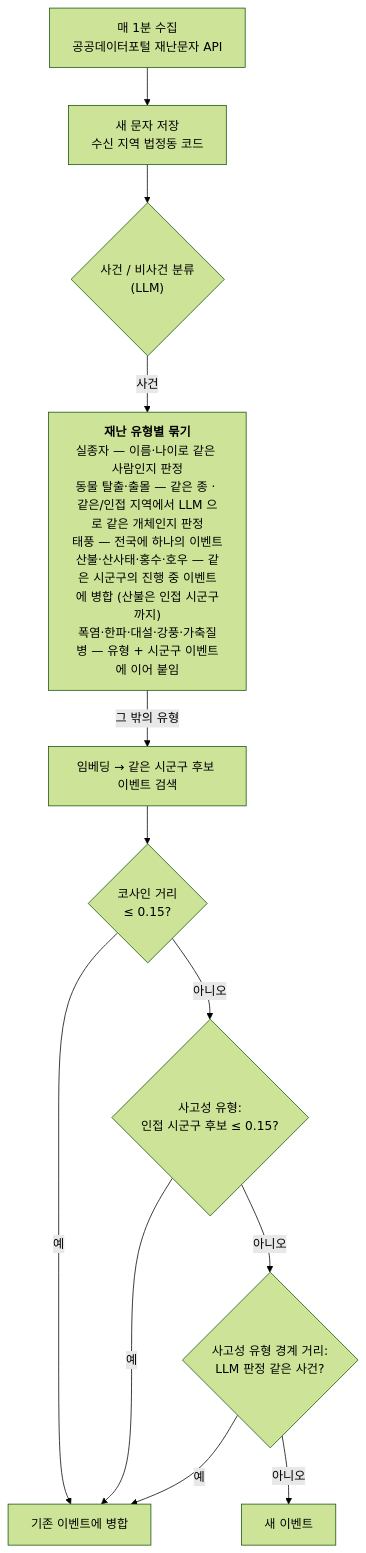
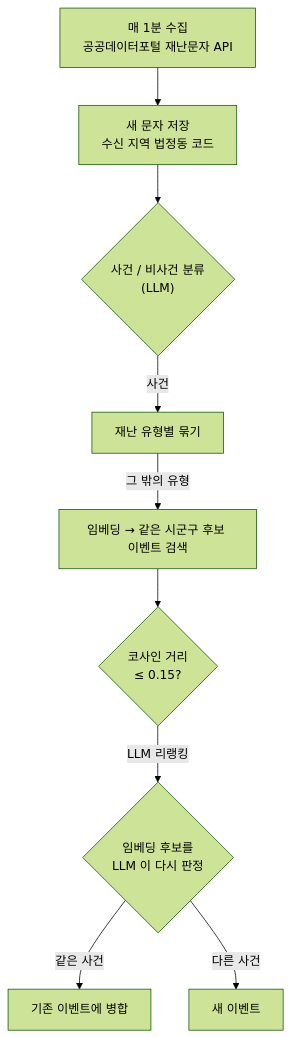
One commit to lshlsh3690/disaster-alert-archive changed the first of 2 diagrams in README.md. Above: the diagram before and after it, drawn with Mermaid (forest theme).

Commit message:
docs: README 수집·클러스터링 그림을 LLM 리랭킹 한 갈래로 줄인다
재난 유형별 묶기 칸의 유형 목록을 지우고, 코사인 거리 뒤의 세 단계(바로 병합 / 사고성 유형
인접 시군구 / 경계 거리 LLM 판정)를 "LLM 리랭킹 → 임베딩 후보를 LLM 이 다시 판정 → 병합 또는
새 이벤트" 한 갈래로 묶었다. 세부 경로는 specs/001 에 있다.

````diff
--- a/README.md
+++ b/README.md
@@ -47,15 +47,12 @@
 ```mermaid
 flowchart TD
     A["매 1분 수집<br/>공공데이터포털 재난문자 API"] --> B["새 문자 저장<br/>수신 지역 법정동 코드"]
     B --> K{"사건 / 비사건 분류<br/>(LLM)"}
-    K -- "사건" --> S["<b>재난 유형별 묶기</b><br/>실종자 — 이름·나이로 같은 사람인지 판정<br/>동물 탈출·출몰 — 같은 종 · 같은/인접 지역에서 LLM 으로 같은 개체인지 판정<br/>태풍 — 전국에 하나의 이벤트<br/>산불·산사태·홍수·호우 — 같은 시군구의 진행 중 이벤트에 병합 (산불은 인접 시군구까지)<br/>폭염·한파·대설·강풍·가축질병 — 유형 + 시군구 이벤트에 이어 붙임"]
+    K -- "사건" --> S["재난 유형별 묶기"]
 
     S -- "그 밖의 유형" --> E["임베딩 → 같은 시군구 후보 이벤트 검색"]
     E --> E1{"코사인 거리<br/>≤ 0.15?"}
-    E1 -- "예" --> M["기존 이벤트에 병합"]
-    E1 -- "아니오" --> E2{"사고성 유형:<br/>인접 시군구 후보 ≤ 0.15?"}
-    E2 -- "예" --> M
-    E2 -- "아니오" --> E3{"사고성 유형 경계 거리:<br/>LLM 판정 같은 사건?"}
-    E3 -- "예" --> M
-    E3 -- "아니오" --> N["새 이벤트"]
+    E1 -- "LLM 리랭킹" --> R{"임베딩 후보를<br/>LLM 이 다시 판정"}
+    R -- "같은 사건" --> M["기존 이벤트에 병합"]
+    R -- "다른 사건" --> N["새 이벤트"]
 ```
````
